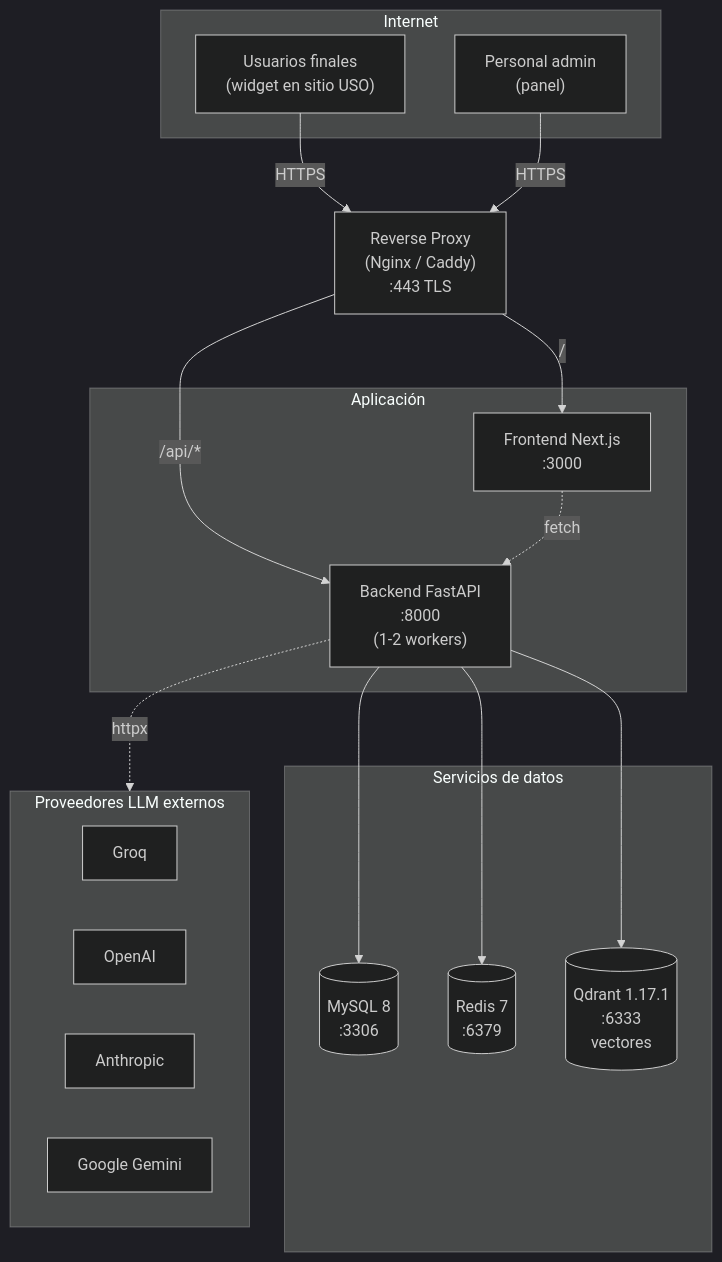
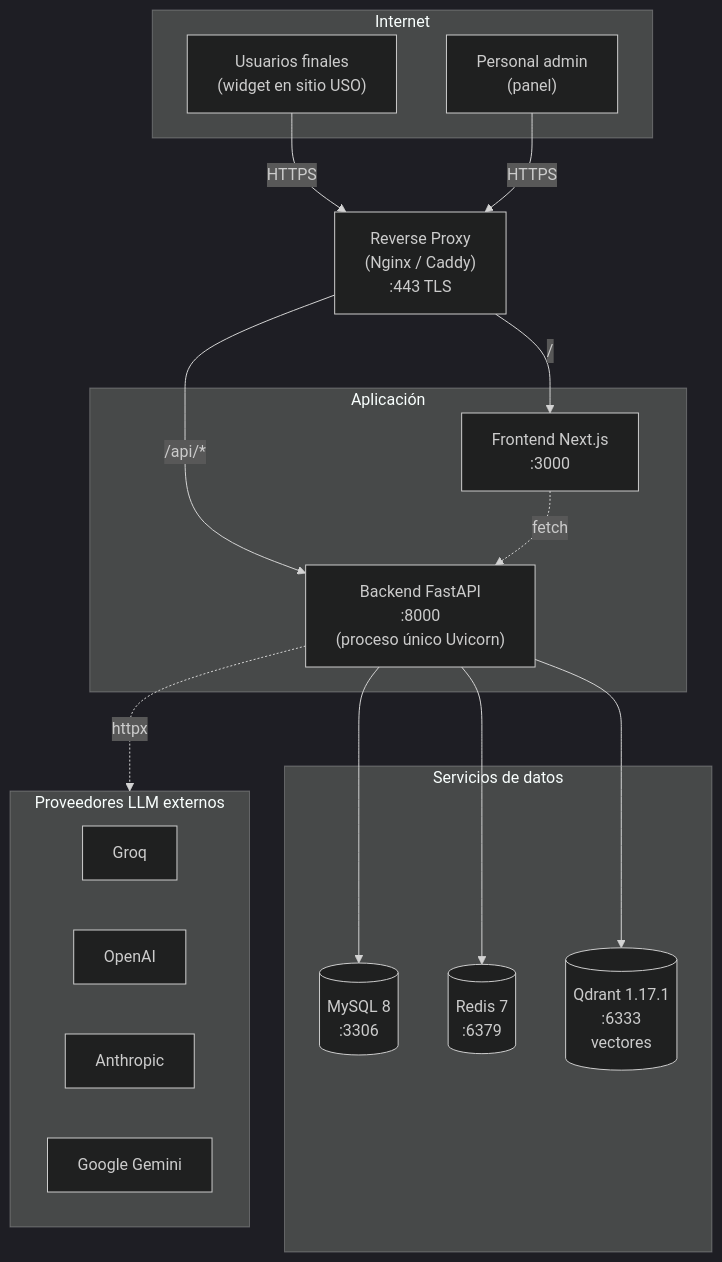
One commit to AdoDeveloper/chatbot-uso changed the first of 6 diagrams in docs/ARCHITECTURE.md. Above: the diagram before and after it, drawn with Mermaid (dark theme). The commit also changed other lines of this file and 3 other files, not shown here.

````diff
--- a/docs/ARCHITECTURE.md
+++ b/docs/ARCHITECTURE.md
@@ -9,37 +9,37 @@
 ```mermaid
 flowchart TB
     subgraph internet["Internet"]
         users["Usuarios finales<br/>(widget en sitio USO)"]
         admin["Personal admin<br/>(panel)"]
     end
 
     proxy["Reverse Proxy<br/>(Nginx / Caddy)<br/>:443 TLS"]
 
     subgraph app["Aplicación"]
         front["Frontend Next.js<br/>:3000"]
-        back["Backend FastAPI<br/>:8000<br/>(1-2 workers)"]
+        back["Backend FastAPI<br/>:8000<br/>(proceso único Uvicorn)"]
     end
 
     subgraph data["Servicios de datos"]
         mysql[("MySQL 8<br/>:3306")]
         redis[("Redis 7<br/>:6379")]
         qdrant[("Qdrant 1.17.1<br/>:6333<br/>vectores")]
     end
 
     subgraph llm["Proveedores LLM externos"]
         groq["Groq"]
         openai["OpenAI"]
         anthropic["Anthropic"]
         gemini["Google Gemini"]
     end
 
     users -->|HTTPS| proxy
     admin -->|HTTPS| proxy
     proxy -->|/api/*| back
     proxy -->|/| front
     front -.->|fetch| back
     back --> mysql
     back --> redis
     back --> qdrant
     back -.->|httpx| llm
 ```
````
